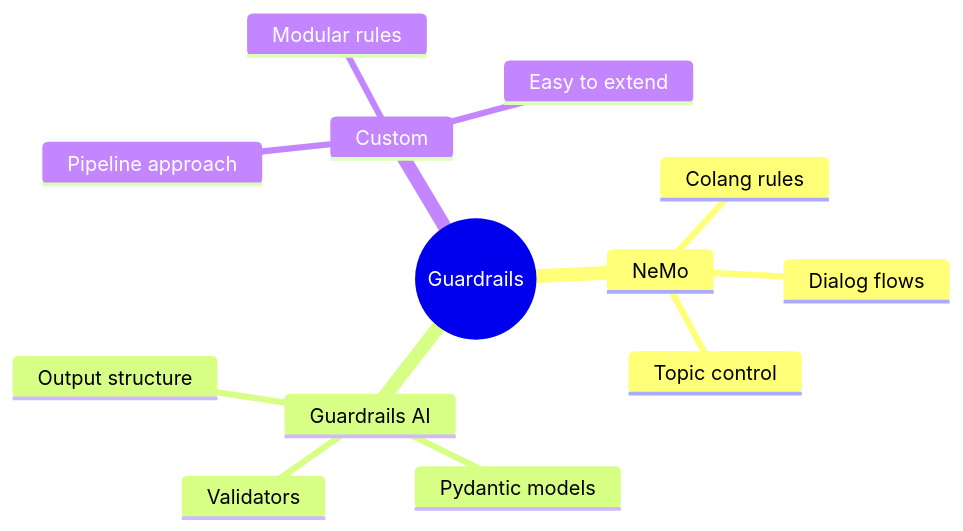
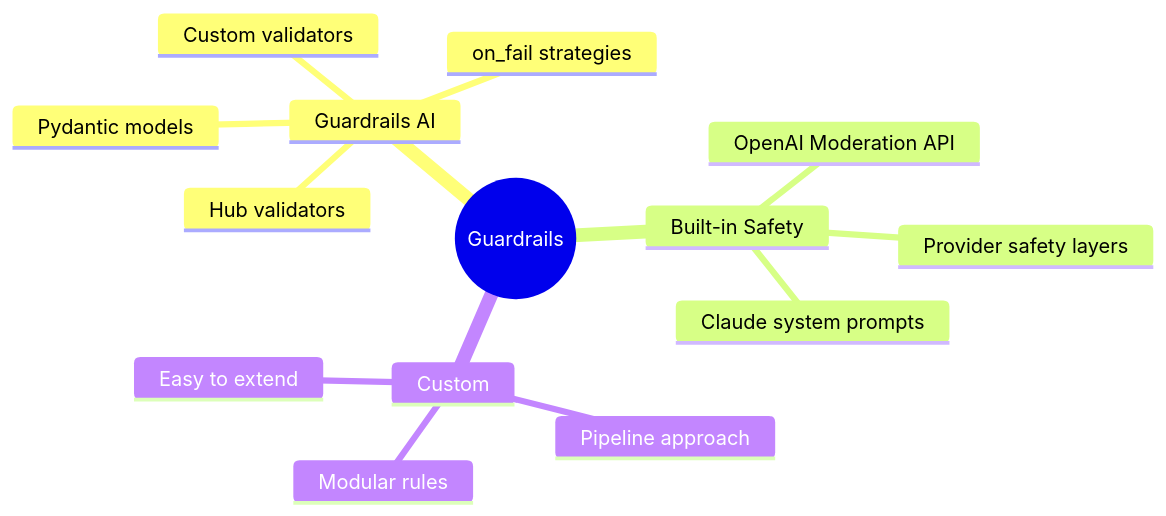
One commit to akshkr/akashnotes changed the third of 3 diagrams in Phase_4_MultiAgent_Eval_Security/Day_072_nemo_guardrails/nemo_guardrails.md. Above: the diagram before and after it, drawn with Mermaid. The commit also changed other lines of this file and 37 other files, not shown here.

````diff
--- a/Phase_4_MultiAgent_Eval_Security/Day_072_nemo_guardrails/nemo_guardrails.md
+++ b/Phase_4_MultiAgent_Eval_Security/Day_072_nemo_guardrails/nemo_guardrails.md
@@ -423,16 +336,17 @@
 ```mermaid
 mindmap
   root((Guardrails))
-    NeMo
-      Colang rules
-      Dialog flows
-      Topic control
     Guardrails AI
-      Validators
+      Hub validators
       Pydantic models
-      Output structure
+      on_fail strategies
+      Custom validators
+    Built-in Safety
+      OpenAI Moderation API
+      Claude system prompts
+      Provider safety layers
     Custom
       Pipeline approach
       Modular rules
       Easy to extend
 ```
````
